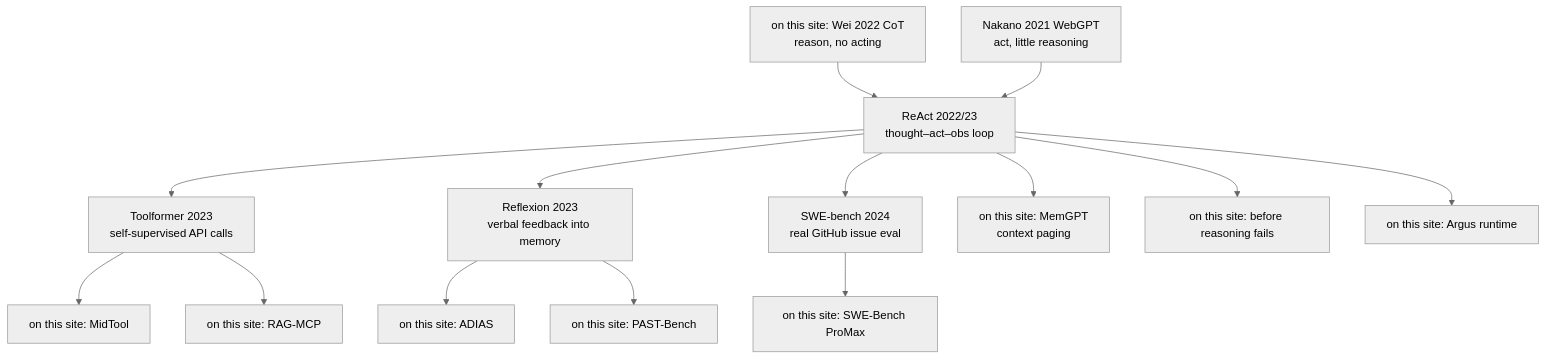
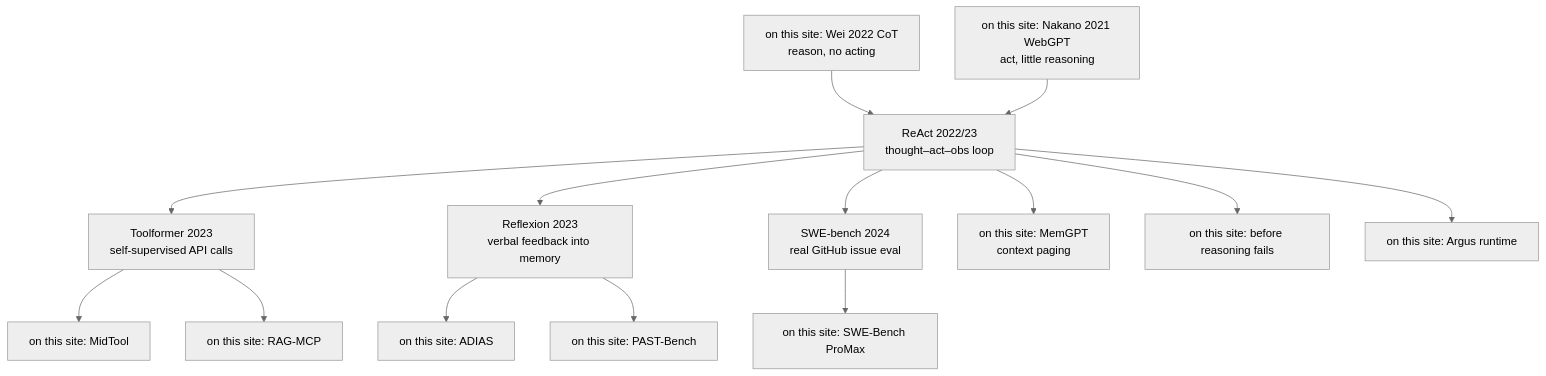
One commit to poirotw66/poirotw66.github.io changed the diagram in src/content/blog/en/91-agent-method-foundation-reading-map.md. Above: the diagram before and after it, drawn with Mermaid (neutral theme). The commit also changed other lines of this file and 12 other files, not shown here.

First line of the commit message:
Add WebGPT paper-reading note 30 (ZH/EN)

````diff
--- a/src/content/blog/en/91-agent-method-foundation-reading-map.md
+++ b/src/content/blog/en/91-agent-method-foundation-reading-map.md
@@ -45,18 +45,18 @@
 ```mermaid
 flowchart TB
   CoT["on this site: Wei 2022 CoT<br/>reason, no acting"]
-  WebGPT["Nakano 2021 WebGPT<br/>act, little reasoning"]
+  WebGPT["on this site: Nakano 2021 WebGPT<br/>act, little reasoning"]
   CoT --> ReAct["ReAct 2022/23<br/>thought–act–obs loop"]
   WebGPT --> ReAct
   ReAct --> Toolformer["Toolformer 2023<br/>self-supervised API calls"]
   ReAct --> Reflexion["Reflexion 2023<br/>verbal feedback into memory"]
   ReAct --> SWEb["SWE-bench 2024<br/>real GitHub issue eval"]
   ReAct --> MemGPT["on this site: MemGPT<br/>context paging"]
   Toolformer --> MidTool["on this site: MidTool"]
   Toolformer --> RAGMCP["on this site: RAG-MCP"]
   Reflexion --> ADIAS["on this site: ADIAS"]
   Reflexion --> PAST["on this site: PAST-Bench"]
   SWEb --> ProMax["on this site: SWE-Bench ProMax"]
   ReAct --> ReadGate["on this site: before reasoning fails"]
   ReAct --> Argus["on this site: Argus runtime"]
 ```
````
